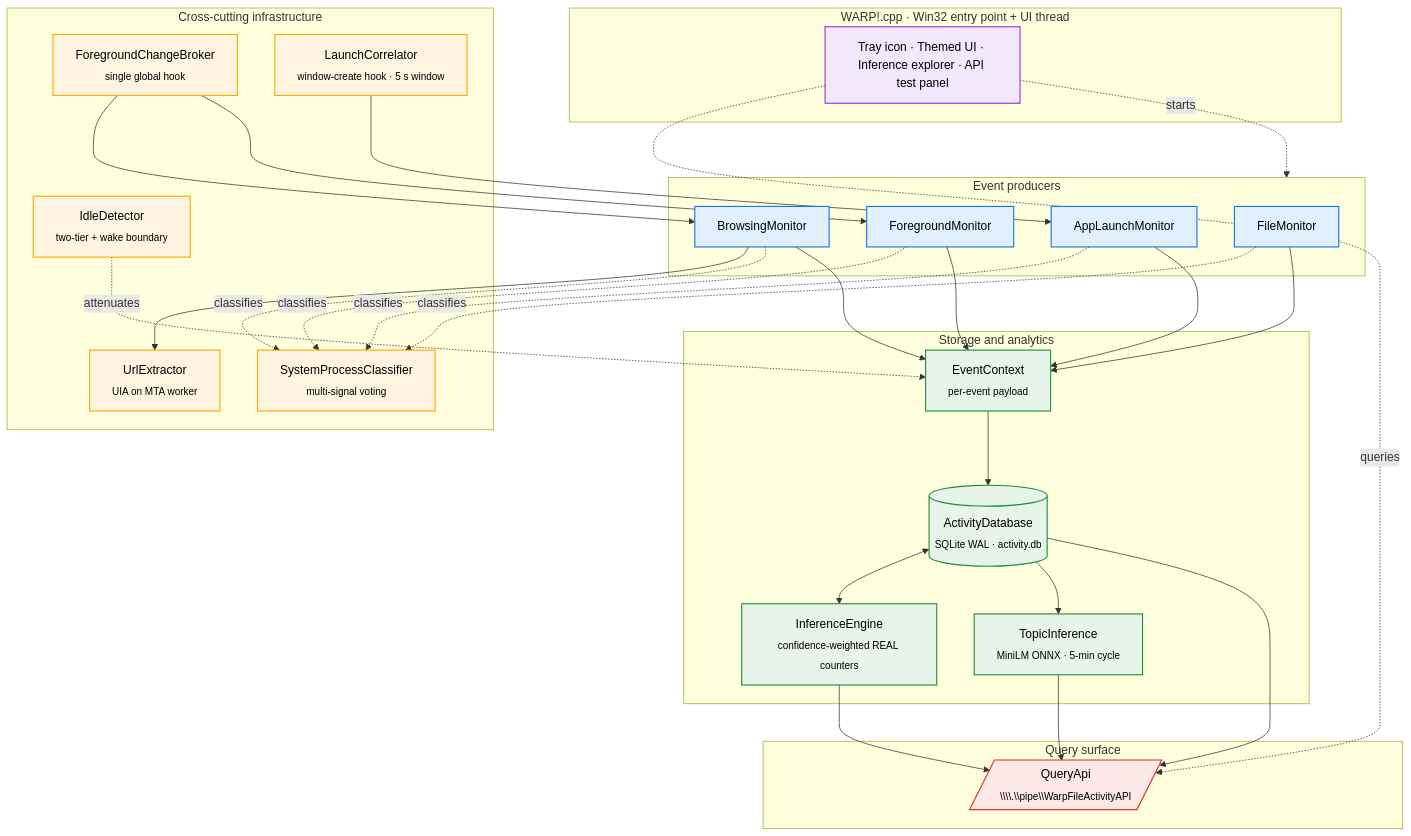
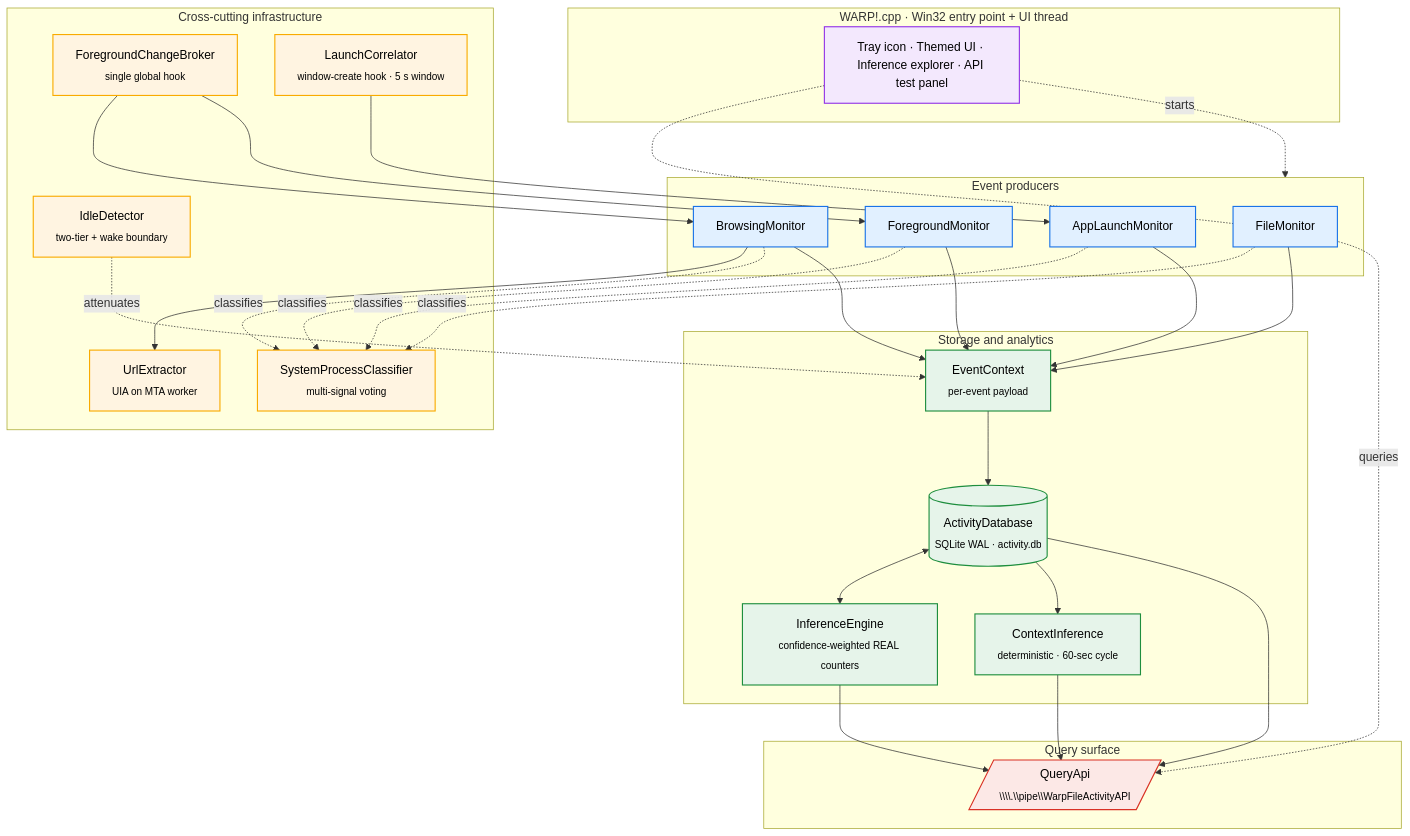
One commit to sumanthewhiz/WARP changed the first of 5 diagrams in README.md. Above: the diagram before and after it, drawn with Mermaid. The commit also changed other lines of this file and 16 other files, not shown here.

````diff
--- a/README.md
+++ b/README.md
@@ -90,66 +89,66 @@
 ```mermaid
 flowchart TB
     classDef producer fill:#e1f0ff,stroke:#1a73e8,color:#000,stroke-width:1.5px
     classDef infra    fill:#fff4e1,stroke:#f9ab00,color:#000,stroke-width:1.5px
     classDef storage  fill:#e6f4ea,stroke:#1e8e3e,color:#000,stroke-width:1.5px
     classDef api      fill:#fce8e6,stroke:#d93025,color:#000,stroke-width:1.5px
     classDef ui       fill:#f3e8fd,stroke:#9334e6,color:#000,stroke-width:1.5px
 
     subgraph App ["WARP!.cpp · Win32 entry point + UI thread"]
         UI["Tray icon · Themed UI · Inference explorer · API test panel"]:::ui
     end
 
     subgraph Producers ["Event producers"]
         FM["FileMonitor"]:::producer
         ALM["AppLaunchMonitor"]:::producer
         BM["BrowsingMonitor"]:::producer
         FGM["ForegroundMonitor"]:::producer
     end
 
     subgraph Infra ["Cross-cutting infrastructure"]
         FCB["ForegroundChangeBroker<br/><sub>single global hook</sub>"]:::infra
         LC["LaunchCorrelator<br/><sub>window-create hook · 5 s window</sub>"]:::infra
         SPC["SystemProcessClassifier<br/><sub>multi-signal voting</sub>"]:::infra
         UE["UrlExtractor<br/><sub>UIA on MTA worker</sub>"]:::infra
         ID["IdleDetector<br/><sub>two-tier + wake boundary</sub>"]:::infra
     end
 
     subgraph Storage ["Storage and analytics"]
         EC["EventContext<br/><sub>per-event payload</sub>"]:::storage
         DB[("ActivityDatabase<br/><sub>SQLite WAL · activity.db</sub>")]:::storage
         IE["InferenceEngine<br/><sub>confidence-weighted REAL counters</sub>"]:::storage
-        TI["TopicInference<br/><sub>MiniLM ONNX · 5-min cycle</sub>"]:::storage
+        TI["ContextInference<br/><sub>deterministic · 60-sec cycle</sub>"]:::storage
     end
 
     subgraph QueryLayer ["Query surface"]
         API[/"QueryApi<br/><sub>\\\\.\\pipe\\WarpFileActivityAPI</sub>"/]:::api
     end
 
     UI -. starts .-> Producers
     UI -. queries .-> API
 
     FCB --> BM
     FCB --> FGM
     LC  --> ALM
     BM  --> UE
 
     FM  -. classifies .-> SPC
     ALM -. classifies .-> SPC
     BM  -. classifies .-> SPC
     FGM -. classifies .-> SPC
 
     ID -. attenuates .-> EC
 
     FM  --> EC
     ALM --> EC
     BM  --> EC
     FGM --> EC
 
     EC --> DB
     DB <--> IE
     DB --> TI
 
     IE --> API
     DB --> API
     TI --> API
 ```
````
